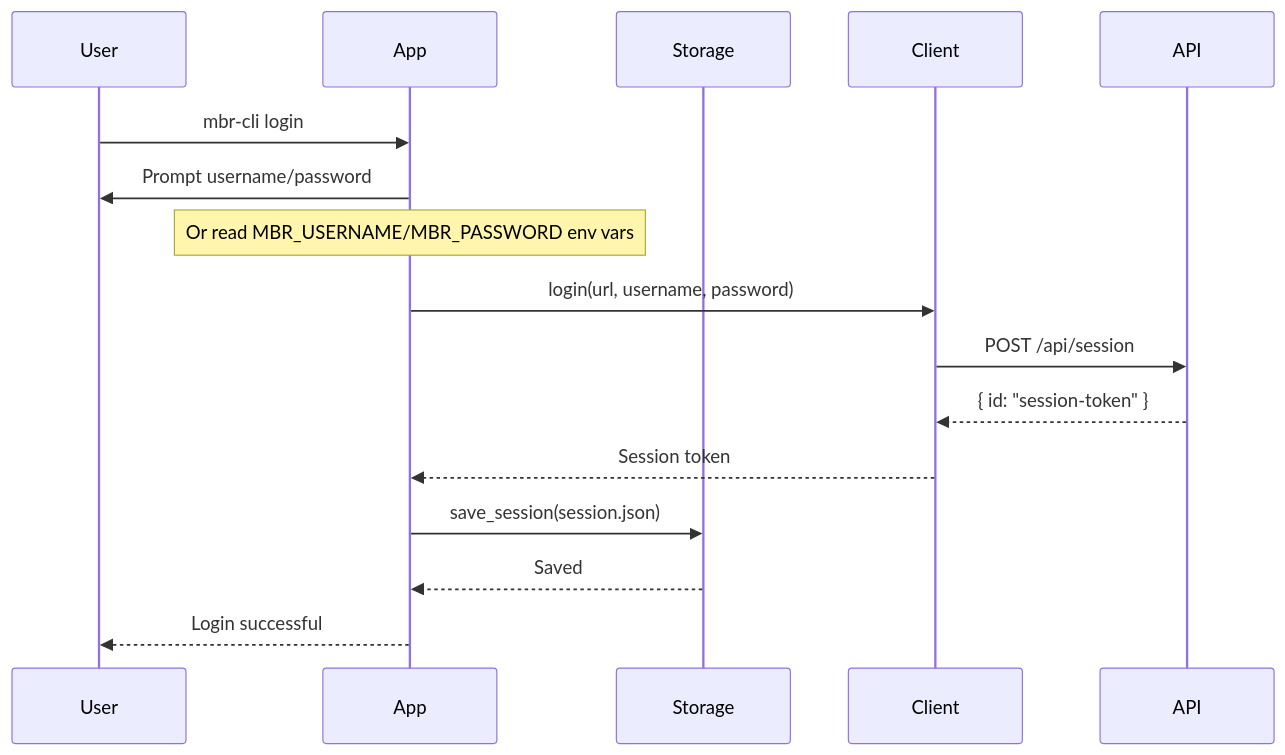
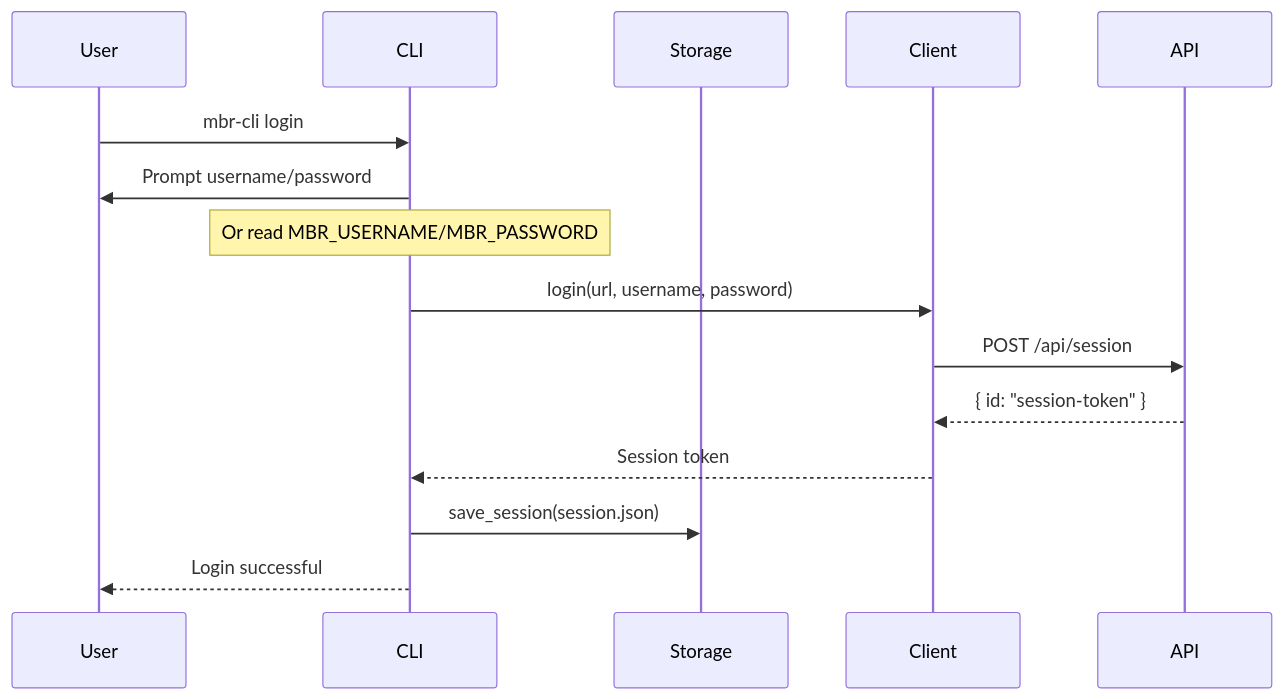
The fourth of 6 diagrams in ARCHITECTURE.md (daisuke8000/mbr-cli), drawn with Mermaid before and after one commit. The commit also changed other lines of this file, not shown here.

First line of the commit message:
docs: rewrite ARCHITECTURE.md for flat CLI, output pipeline, and error codes

````diff
--- a/ARCHITECTURE.md
+++ b/ARCHITECTURE.md
@@ -79,19 +144,18 @@
 ```mermaid
 sequenceDiagram
     participant User
-    participant App
+    participant CLI
     participant Storage
     participant Client
     participant API
 
-    User->>App: mbr-cli login
-    App->>User: Prompt username/password
-    Note over App: Or read MBR_USERNAME/MBR_PASSWORD env vars
-    App->>Client: login(url, username, password)
+    User->>CLI: mbr-cli login
+    CLI->>User: Prompt username/password
+    Note over CLI: Or read MBR_USERNAME/MBR_PASSWORD
+    CLI->>Client: login(url, username, password)
     Client->>API: POST /api/session
     API-->>Client: { id: "session-token" }
-    Client-->>App: Session token
-    App->>Storage: save_session(session.json)
-    Storage-->>App: Saved
-    App-->>User: Login successful
+    Client-->>CLI: Session token
+    CLI->>Storage: save_session(session.json)
+    CLI-->>User: Login successful
 ```
````
